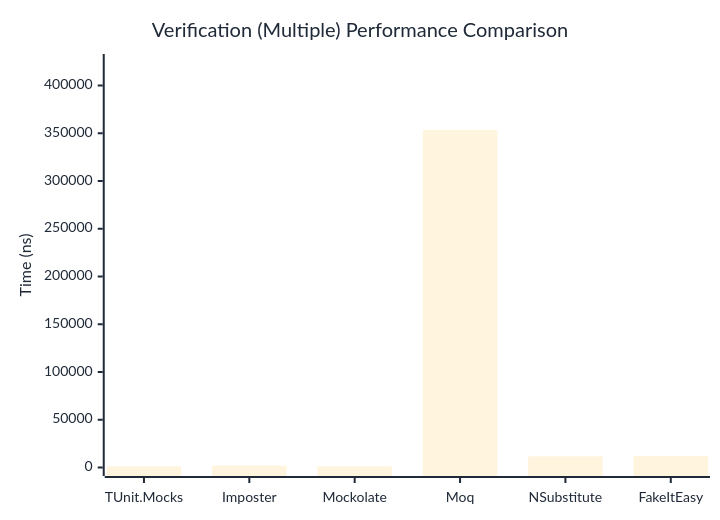
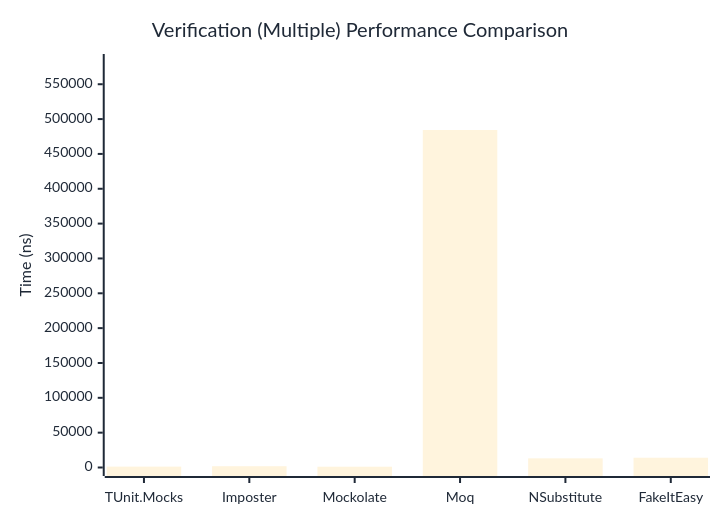
The third of 3 diagrams in docs/docs/benchmarks/mocks/Verification.md (thomhurst/TUnit), drawn with Mermaid before and after one commit. The commit also changed other lines of this file and 14 other files, not shown here.

````diff
--- a/docs/docs/benchmarks/mocks/Verification.md
+++ b/docs/docs/benchmarks/mocks/Verification.md
@@ -112,27 +112,27 @@
 ```mermaid
 %%{init: {
   'theme':'base',
   'themeVariables': {
     'primaryColor': '#2563eb',
     'primaryTextColor': '#1f2937',
     'primaryBorderColor': '#1e40af',
     'lineColor': '#6b7280',
     'secondaryColor': '#7c3aed',
     'tertiaryColor': '#dc2626',
     'background': '#ffffff',
     'pie1': '#2563eb',
     'pie2': '#7c3aed',
     'pie3': '#dc2626',
     'pie4': '#f59e0b',
     'pie5': '#10b981',
     'pie6': '#06b6d4',
     'pie7': '#ec4899',
     'pie8': '#6366f1'
   }
 }}%%
 xychart-beta
   title "Verification (Multiple) Performance Comparison"
   x-axis ["TUnit.Mocks", "Imposter", "Mockolate", "Moq", "NSubstitute", "FakeItEasy"]
-  y-axis "Time (ns)" 0 --> 424086
-  bar [1307.2, 1937.76, 1289.65, 353404.41, 11651.25, 12105.22]
+  y-axis "Time (ns)" 0 --> 581194
+  bar [1280.87, 1849.21, 1129.89, 484328.25, 13146.88, 14006.14]
 ```
````
